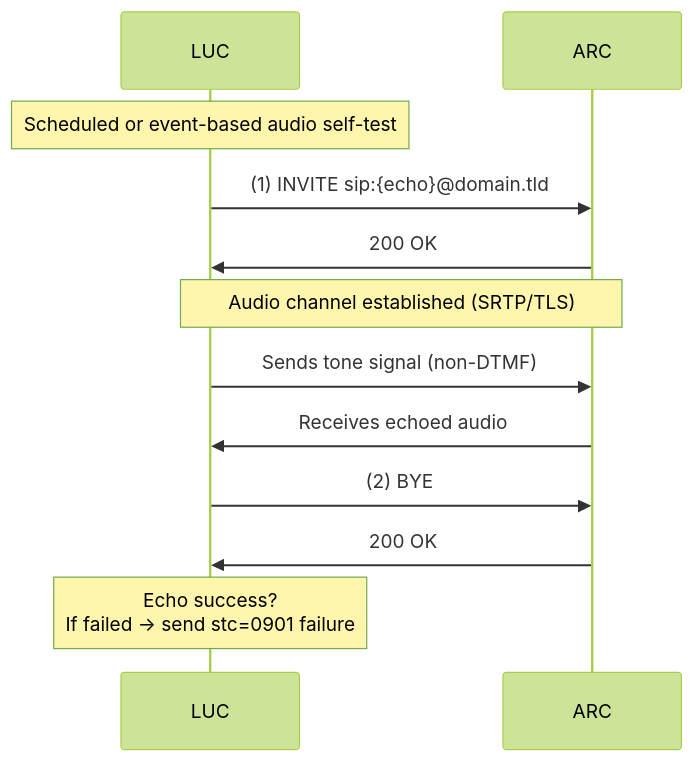
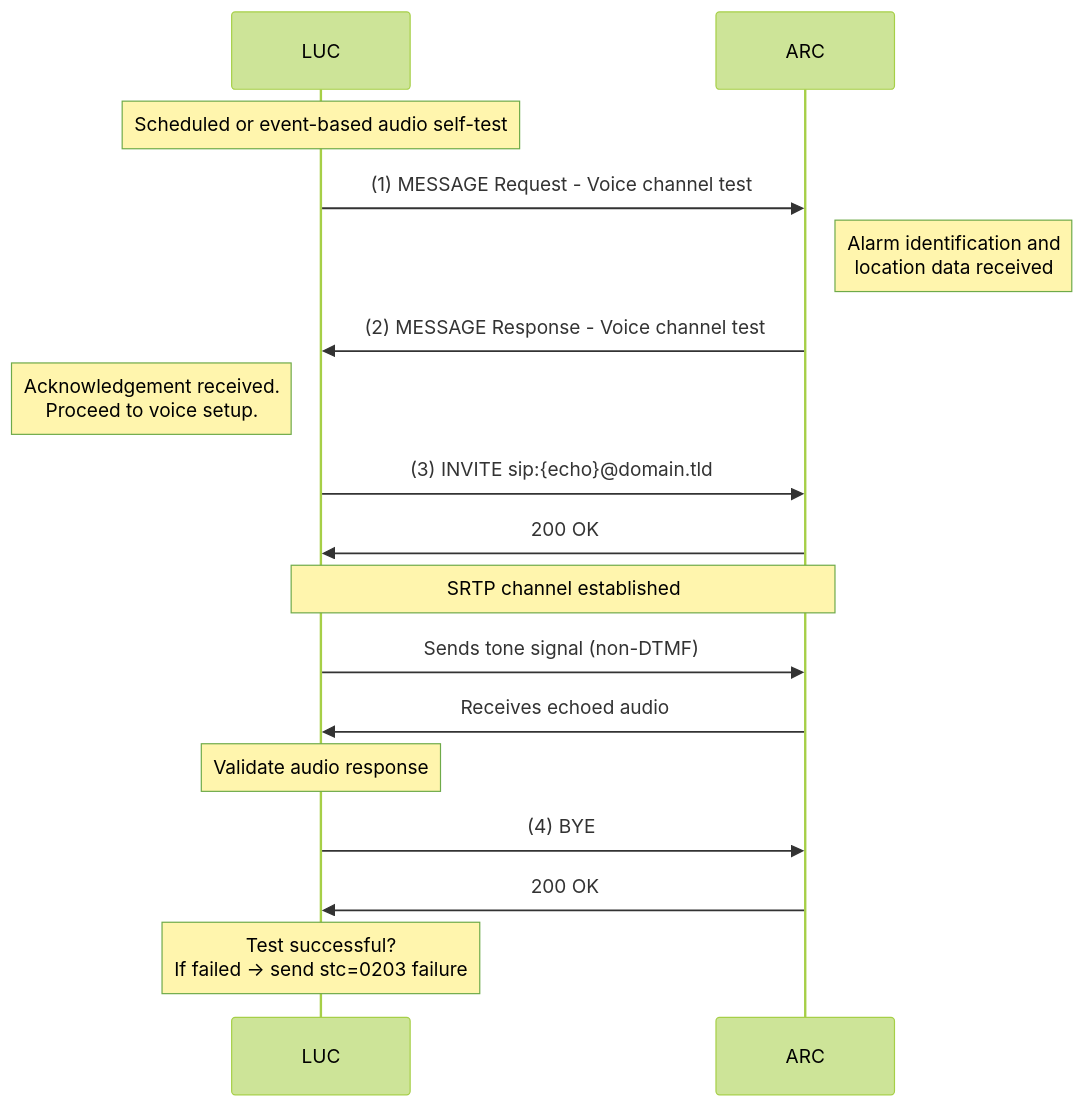
One commit to Telegartner-Elektronik/LACS-Protocol changed the seventh of 9 diagrams in LACS.md. Above: the diagram before and after it, drawn with Mermaid (forest theme). The commit also changed other lines of this file, not shown here.

````diff
--- a/LACS.md
+++ b/LACS.md
@@ -906,21 +933,28 @@
 ```mermaid
 sequenceDiagram
     participant LUC
     participant ARC
 
     Note over LUC: Scheduled or event-based audio self-test
+    
+    LUC->>ARC: (1) MESSAGE Request - Voice channel test
+    Note right of ARC: Alarm identification and<br> location data received
 
-    LUC->>ARC: (1) INVITE sip:{echo}@domain.tld
+    ARC->>LUC: (2) MESSAGE Response - Voice channel test
+    Note left of LUC: Acknowledgement received.<br>Proceed to voice setup.
+
+    LUC->>ARC: (3) INVITE sip:{echo}@domain.tld
     ARC->>LUC: 200 OK
 
-    Note over ARC, LUC: Audio channel established (SRTP/TLS)
+    Note over ARC, LUC: SRTP channel established
+	
+	LUC->>ARC: Sends tone signal (non-DTMF)
+    ARC->>LUC: Receives echoed audio
+    Note over LUC: Validate audio response
 
-    LUC->>ARC: Sends tone signal (non-DTMF)
-    ARC->>LUC: Receives echoed audio
-
-    LUC->>ARC: (2) BYE
+    LUC->>ARC: (4) BYE
     ARC->>LUC: 200 OK
 
-    Note over LUC: Echo success?<br> If failed → send stc=0901 failure
+    Note over LUC: Test successful?<br> If failed → send stc=0203 failure
 
 ```
````
